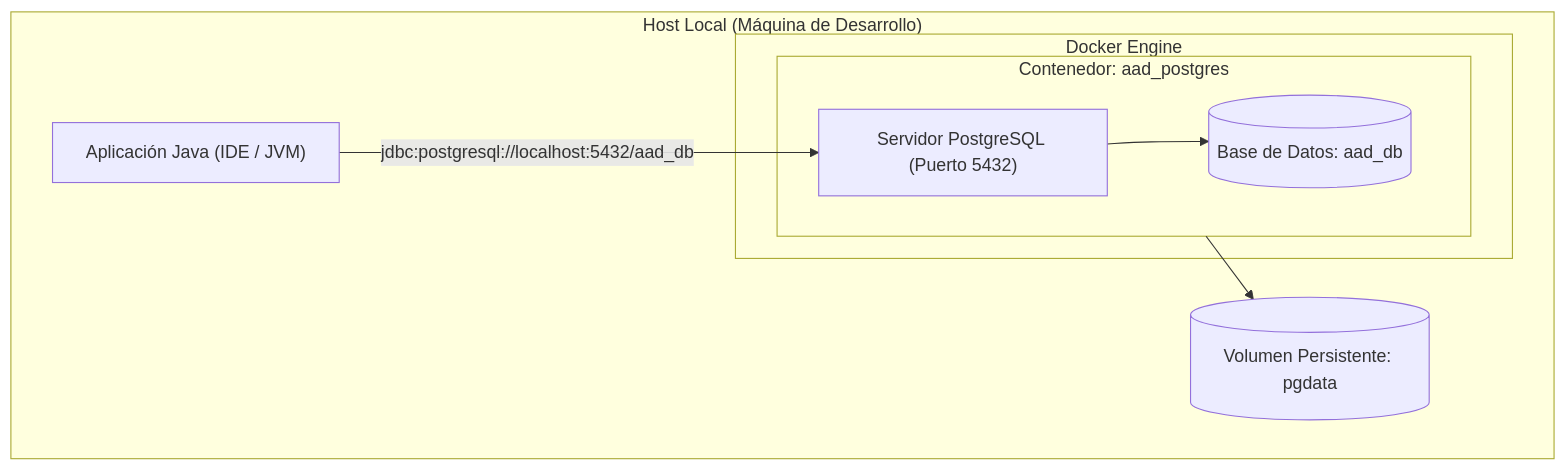
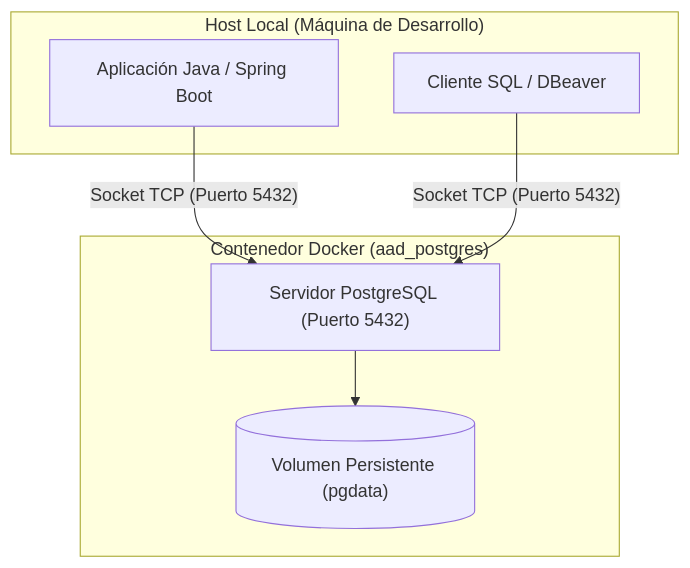
One commit to fencgut961/AAD_26_27 changed the third of 14 diagrams in RA2/ra2-manejor-conectores.md. Above: the diagram before and after it, drawn with Mermaid. The commit also changed other lines of this file, not shown here.

````diff
--- a/RA2/ra2-manejor-conectores.md
+++ b/RA2/ra2-manejor-conectores.md
@@ -113,19 +113,16 @@
 ```mermaid
 graph TD
-    subgraph Host["Host Local (Máquina de Desarrollo)"]
-        JavaApp["Aplicación Java (IDE / JVM)"]
-        
-        subgraph DockerEngine["Docker Engine"]
-            subgraph Container["Contenedor: aad_postgres"]
-                PG["Servidor PostgreSQL (Puerto 5432)"]
-                DB[("Base de Datos: aad_db")]
-            end
-        end
-        
-        Vol[("Volumen Persistente: pgdata")]
+    subgraph HostLocal["Host Local (Máquina de Desarrollo)"]
+        App["Aplicación Java / Spring Boot"]
+        IDE["Cliente SQL / DBeaver"]
     end
 
-    JavaApp -->|"jdbc:postgresql://localhost:5432/aad_db"| PG
-    PG --> DB
-    Container --> Vol
+    subgraph Docker["Contenedor Docker (aad_postgres)"]
+        Postgres["Servidor PostgreSQL (Puerto 5432)"]
+        Volume[("Volumen Persistente (pgdata)")]
+    end
+
+    App -->|"Socket TCP (Puerto 5432)"| Postgres
+    IDE -->|"Socket TCP (Puerto 5432)"| Postgres
+    Postgres --> Volume
 ```
````
